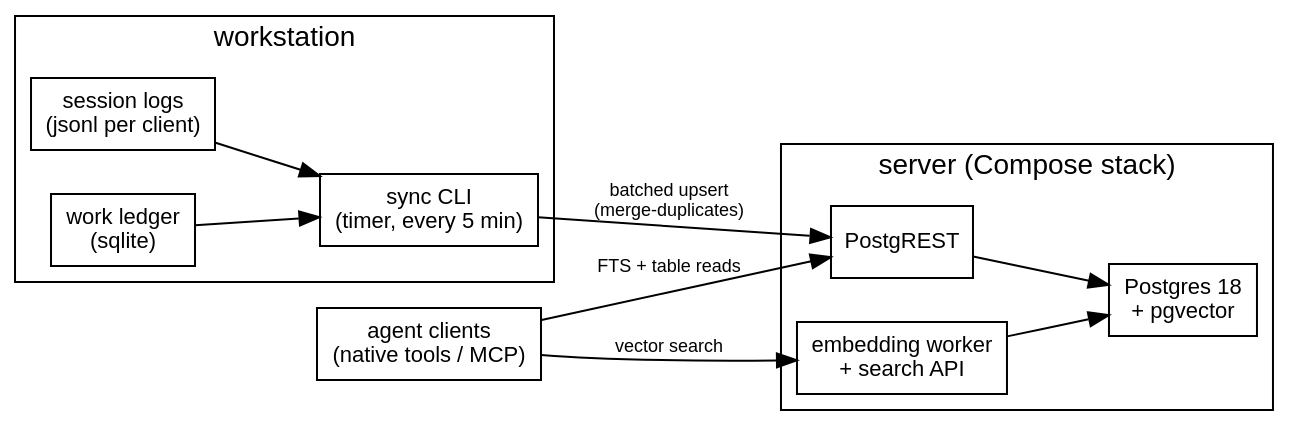
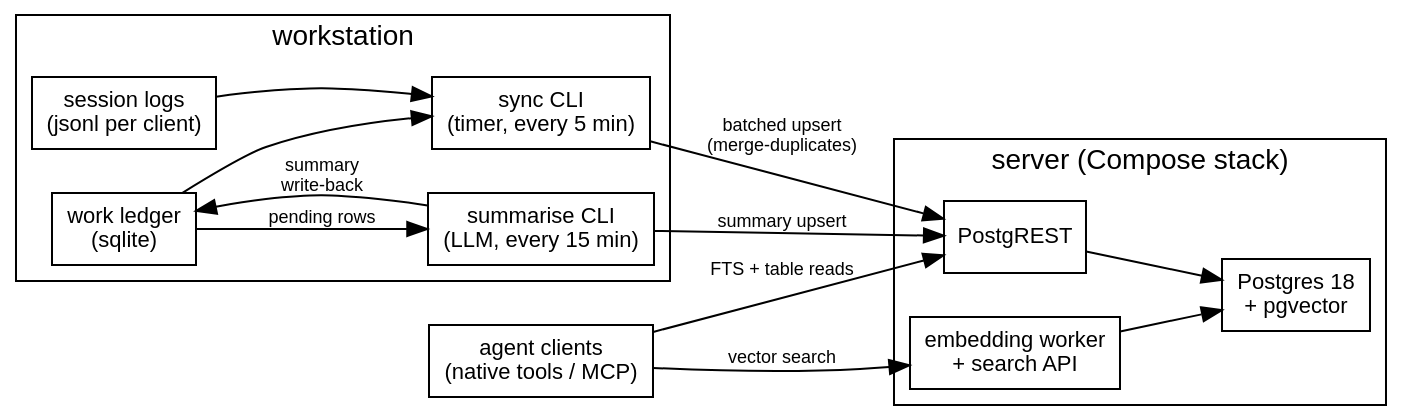
One commit to erfianugrah/lexicanum changed the first of 2 diagrams in src/content/docs/reference/agent-memory-store.mdx. Above: the diagram before and after it, drawn with Graphviz. The commit also changed other lines of this file, not shown here.

Commit message:
docs(agent-memory-store): add the summarise stage to the work-ledger pipeline
Diagram gains the summarise CLI node (pending rows out, summary
write-back in, upsert to PostgREST); the source table's work-ledger row
now says raw shutdown transcripts land pending and the 15-minute LLM
batch job produces the summaries. Pins + build green.

````diff
--- a/src/content/docs/reference/agent-memory-store.mdx
+++ b/src/content/docs/reference/agent-memory-store.mdx
@@ -50,30 +50,34 @@
 ```dot
 digraph {
   rankdir=LR; bgcolor="transparent"; compound=true; nodesep=0.3; ranksep=0.7;
   fontname="Helvetica,Arial,sans-serif";
   node [fontname="Helvetica,Arial,sans-serif", fontsize=11, shape=box];
   edge [fontname="Helvetica,Arial,sans-serif", fontsize=9];
 
   subgraph cluster_ws {
     label="workstation";
     logs [label="session logs\n(jsonl per client)"];
     ledger [label="work ledger\n(sqlite)"];
     sync [label="sync CLI\n(timer, every 5 min)"];
+    summarise [label="summarise CLI\n(LLM, every 15 min)"];
     logs -> sync; ledger -> sync;
+    ledger -> summarise [label="pending rows"];
+    summarise -> ledger [label="summary\nwrite-back"];
   }
 
   subgraph cluster_srv {
     label="server (Compose stack)";
     pg [label="Postgres 18\n+ pgvector"];
     rest [label="PostgREST"];
     emb [label="embedding worker\n+ search API"];
     rest -> pg; emb -> pg;
   }
 
   agents [label="agent clients\n(native tools / MCP)"];
 
   sync -> rest [label="batched upsert\n(merge-duplicates)"];
+  summarise -> rest [label="summary upsert"];
   agents -> rest [label="FTS + table reads"];
   agents -> emb [label="vector search"];
 }
 ```
````
